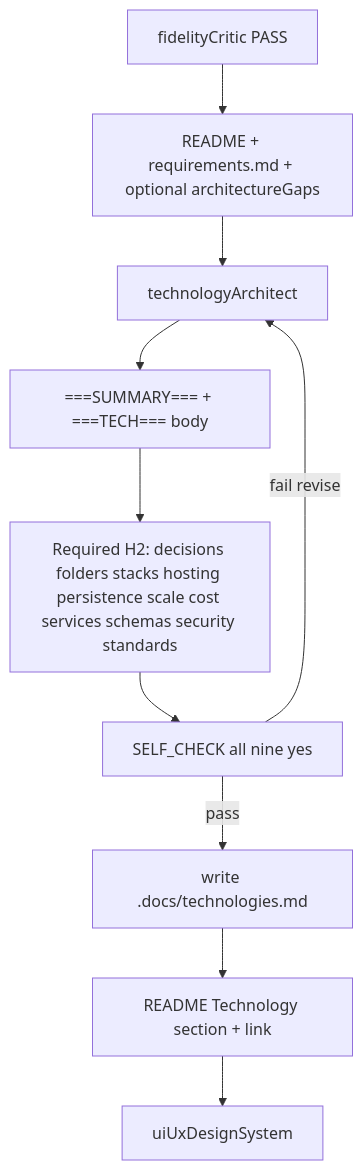
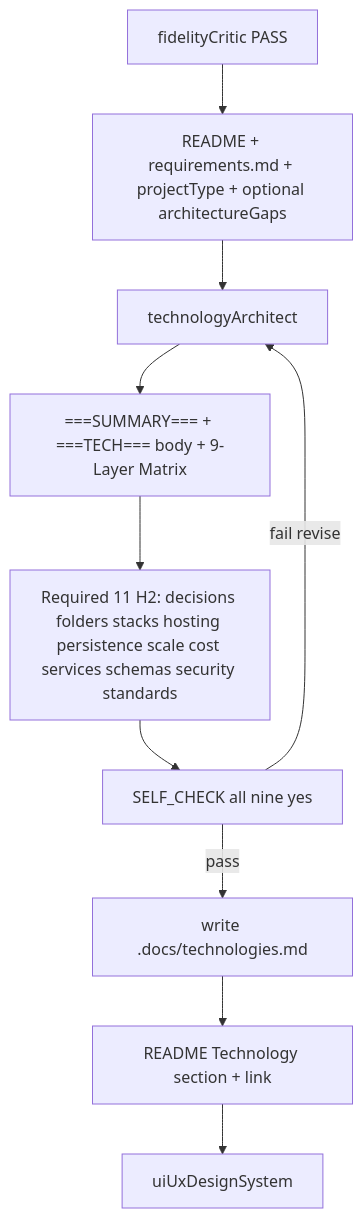
One commit to hilderney/dev-team-orchestrator-mcp changed the second of 13 diagrams in README.md. Above: the diagram before and after it, drawn with Mermaid. The commit also changed other lines of this file and 40 other files, not shown here.

````diff
--- a/README.md
+++ b/README.md
@@ -80,22 +108,22 @@
 ```mermaid
 flowchart TD
   fidelityPass[fidelityCritic PASS]
-  inputs[README + requirements.md + optional architectureGaps]
+  inputs[README + requirements.md + projectType + optional architectureGaps]
   ta[technologyArchitect]
-  draft["===SUMMARY=== + ===TECH=== body"]
-  headings["Required H2: decisions folders stacks hosting persistence scale cost services schemas security standards"]
+  draft["===SUMMARY=== + ===TECH=== body + 9-Layer Matrix"]
+  headings["Required 11 H2: decisions folders stacks hosting persistence scale cost services schemas security standards"]
   selfCheck[SELF_CHECK all nine yes]
   writeTech["write .docs/technologies.md"]
   readmeTech["README Technology section + link"]
   nextUx[uiUxDesignSystem]
 
   fidelityPass --> inputs
   inputs --> ta
   ta --> draft
   draft --> headings
   headings --> selfCheck
   selfCheck -->|fail revise| ta
   selfCheck -->|pass| writeTech
   writeTech --> readmeTech
   readmeTech --> nextUx
 ```
````
